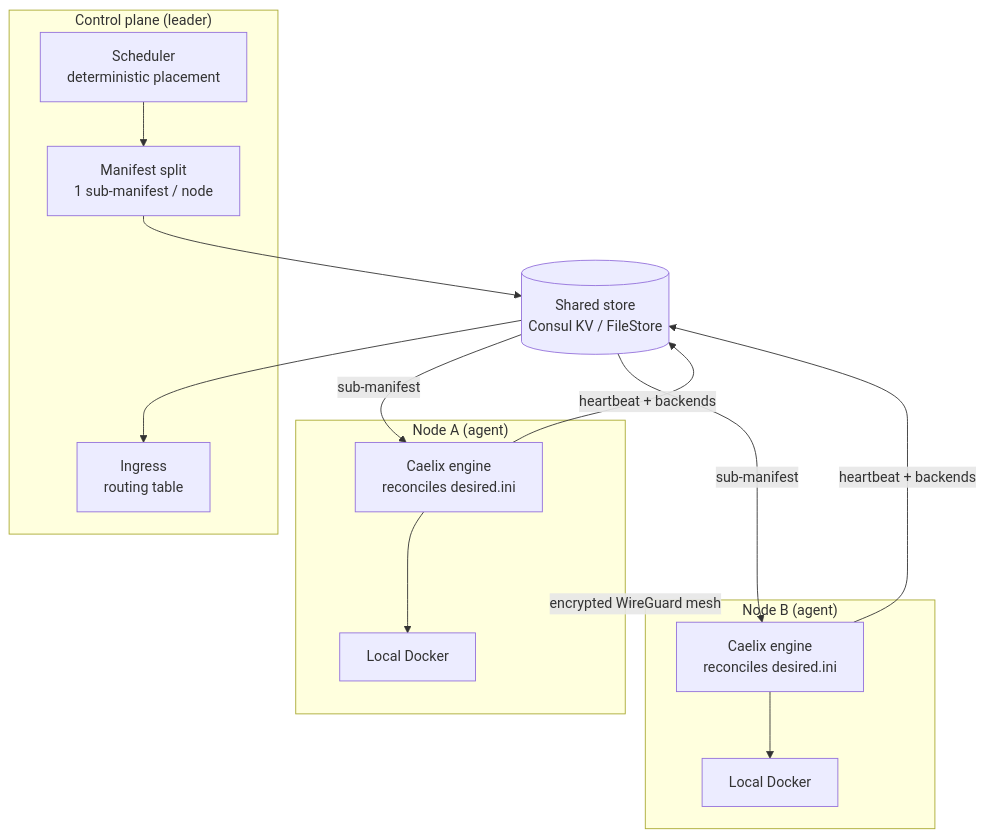
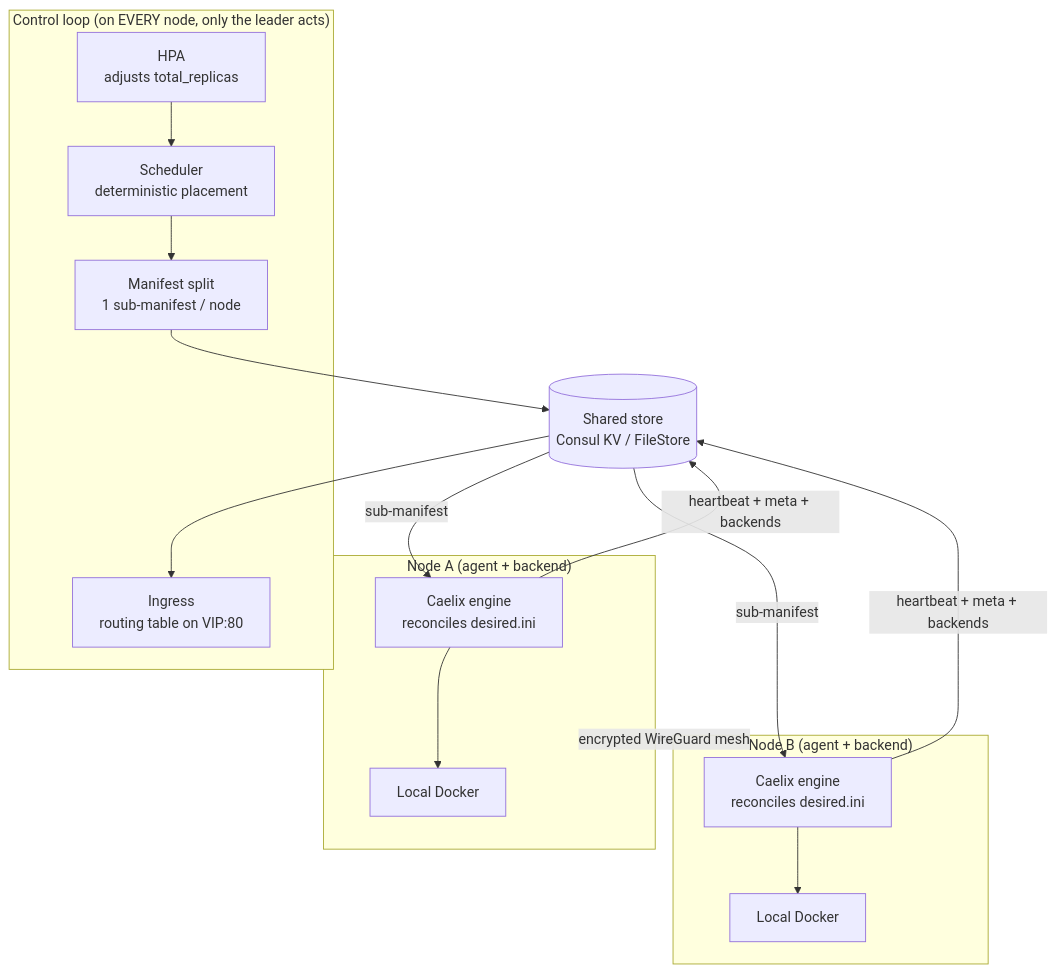
One commit to Arcneell/Caelix-docs changed the diagram in docs/architecture/cluster.en.md. Above: the diagram before and after it, drawn with Mermaid. The commit also changed other lines of this file and 21 other files, not shown here.

````diff
--- a/docs/architecture/cluster.en.md
+++ b/docs/architecture/cluster.en.md
@@ -23,27 +34,28 @@
 ```mermaid
 graph TB
-    subgraph CP["Control plane (leader)"]
+    subgraph CP["Control loop (on EVERY node, only the leader acts)"]
+        hpa["HPA<br>adjusts total_replicas"]
         sched["Scheduler<br>deterministic placement"]
         split["Manifest split<br>1 sub-manifest / node"]
-        ingress["Ingress<br>routing table"]
+        ingress["Ingress<br>routing table on VIP:80"]
     end
 
     store[("Shared store<br>Consul KV / FileStore")]
 
-    subgraph N1["Node A (agent)"]
+    subgraph N1["Node A (agent + backend)"]
         a1["Caelix engine<br>reconciles desired.ini"]
         d1["Local Docker"]
     end
-    subgraph N2["Node B (agent)"]
+    subgraph N2["Node B (agent + backend)"]
         a2["Caelix engine<br>reconciles desired.ini"]
         d2["Local Docker"]
     end
 
-    sched --> split --> store
+    hpa --> sched --> split --> store
     store -->|sub-manifest| a1 --> d1
     store -->|sub-manifest| a2 --> d2
-    a1 -->|heartbeat + backends| store
-    a2 -->|heartbeat + backends| store
+    a1 -->|heartbeat + meta + backends| store
+    a2 -->|heartbeat + meta + backends| store
     store --> ingress
     N1 <-->|encrypted WireGuard mesh| N2
 ```
````
